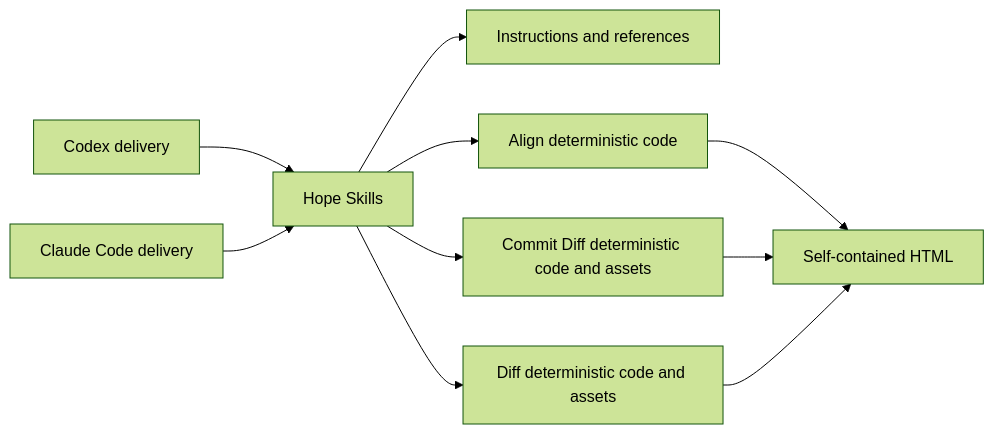
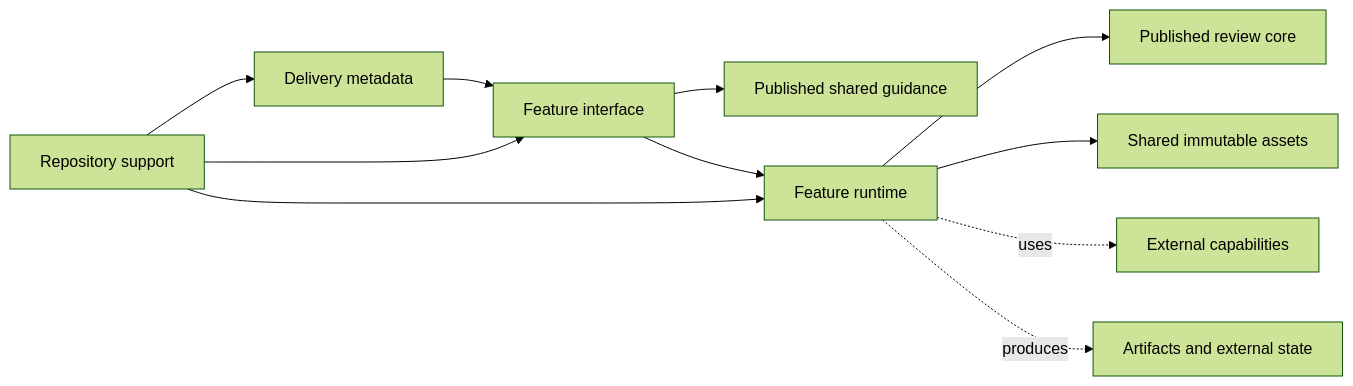
The diagram in docs/architecture.md (ljkhyeong/hope-commit), drawn with Mermaid (forest theme) before and after one commit. The commit also changed other lines of this file and 239 other files, not shown here.

````diff
--- a/docs/architecture.md
+++ b/docs/architecture.md
@@ -34,12 +66,13 @@
 ```mermaid
 flowchart LR
-  C["Codex delivery"] --> S["Hope Skills"]
-  L["Claude Code delivery"] --> S
-  S --> I["Instructions and references"]
-  S --> A["Align deterministic code"]
-  S --> G["Commit Diff deterministic code and assets"]
-  S --> D["Diff deterministic code and assets"]
-  A --> H["Self-contained HTML"]
-  G --> H
-  D --> H
+  D["Delivery metadata"] --> F["Feature interface"]
+  F --> G["Published shared guidance"]
+  F --> R["Feature runtime"]
+  R --> C["Published review core"]
+  R --> A["Shared immutable assets"]
+  T["Repository support"] --> D
+  T --> F
+  T --> R
+  R -. "uses" .-> E["External capabilities"]
+  R -. "produces" .-> O["Artifacts and external state"]
 ```
````
